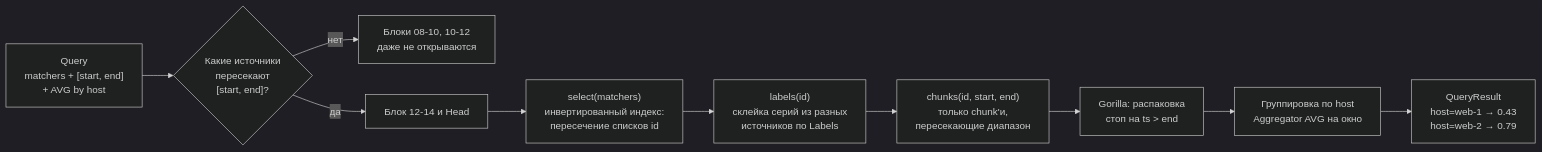
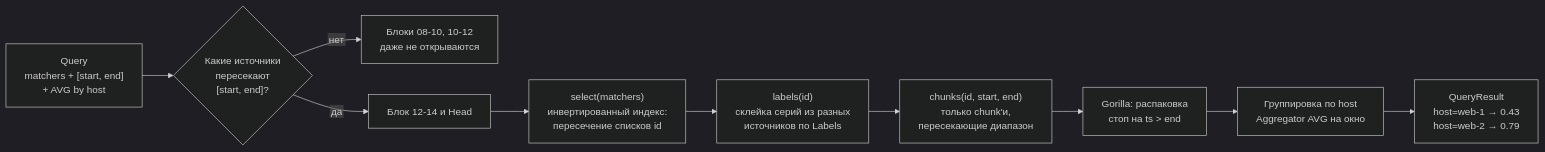
Before and after one commit to dan00ile/ITMO-TimeSeriesDB: the third of 5 diagrams in README.md, drawn with Mermaid (dark theme). The commit also changed other lines of this file, not shown here.

````diff
--- a/README.md
+++ b/README.md
@@ -104,12 +105,13 @@
 ```mermaid
+%%{init: {"flowchart": {"htmlLabels": false}}}%%
 flowchart LR
     q["Query<br/>matchers + [start, end]<br/>+ AVG by host"] --> pick{"Какие источники<br/>пересекают<br/>[start, end]?"}
     pick -->|"нет"| skip["Блоки 08-10, 10-12<br/>даже не открываются"]
     pick -->|"да"| src["Блок 12-14 и Head"]
     src --> sel["select(matchers)<br/>инвертированный индекс:<br/>пересечение списков id"]
     sel --> lab["labels(id)<br/>склейка серий из разных<br/>источников по Labels"]
     lab --> ch["chunks(id, start, end)<br/>только chunk'и,<br/>пересекающие диапазон"]
     ch --> dec["Gorilla: распаковка<br/>стоп на ts > end"]
     dec --> agg["Группировка по host<br/>Aggregator AVG на окно"]
     agg --> res["QueryResult<br/>host=web-1 → 0.43<br/>host=web-2 → 0.79"]
 ```
````
